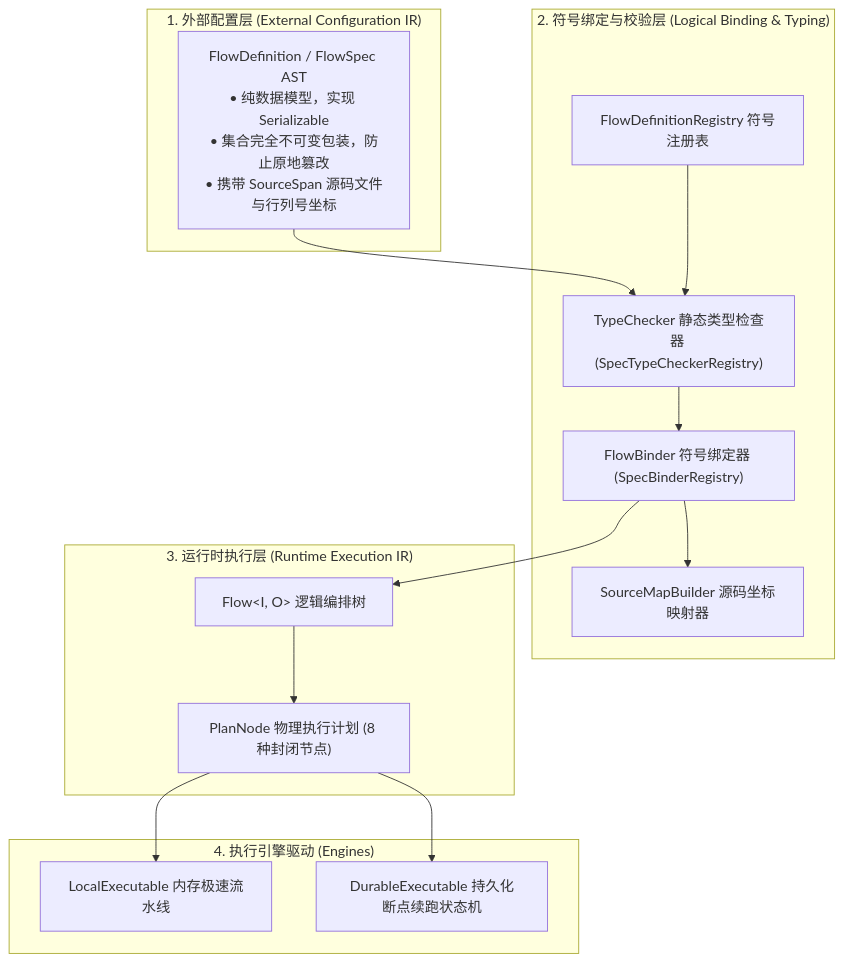
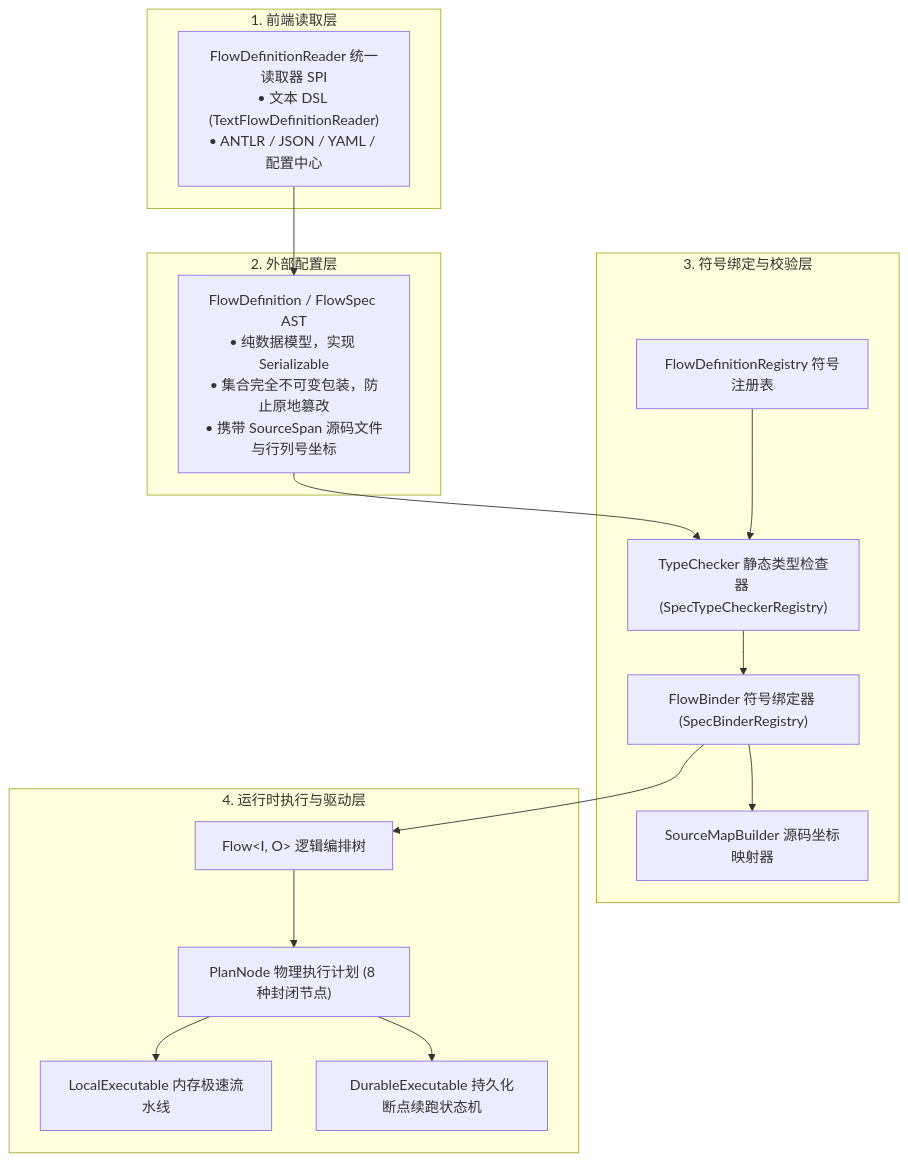
The second of 4 diagrams in docs/flow/flow-definition.md (team4u/team4u-framework), drawn with Mermaid before and after one commit. The commit also changed other lines of this file and 9 other files, not shown here.

Commit message:
feat(flow): introduce FlowDefinitionReader SPI and FlowDslEngine facade separation

````diff
--- a/docs/flow/flow-definition.md
+++ b/docs/flow/flow-definition.md
@@ -63,25 +63,27 @@
 ```mermaid
 graph TD
-    subgraph "1. 外部配置层 (External Configuration IR)"
-        AST["FlowDefinition / FlowSpec AST<br/>• 纯数据模型，实现 Serializable<br/>• 集合完全不可变包装，防止原地篡改<br/>• 携带 SourceSpan 源码文件与行列号坐标"]
+    subgraph "1. 前端读取层"
+        RDR["FlowDefinitionReader 统一读取器 SPI<br/>• 文本 DSL (TextFlowDefinitionReader)<br/>• ANTLR / JSON / YAML / 配置中心"]
     end
 
-    subgraph "2. 符号绑定与校验层 (Logical Binding & Typing)"
+    subgraph "2. 外部配置层"
+        AST["FlowDefinition / FlowSpec AST<br/>• 纯数据模型，实现 Serializable<br/>• 集合完全不可变包装，防止原地篡改<br/>• 携带 SourceSpan 源码文件与行列号坐标"]
+        RDR --> AST
+    end
+
+    subgraph "3. 符号绑定与校验层"
         REG["FlowDefinitionRegistry 符号注册表"]
         TC["TypeChecker 静态类型检查器 (SpecTypeCheckerRegistry)"]
         FB["FlowBinder 符号绑定器 (SpecBinderRegistry)"]
         SM["SourceMapBuilder 源码坐标映射器"]
         AST & REG --> TC --> FB --> SM
     end
 
-    subgraph "3. 运行时执行层 (Runtime Execution IR)"
+    subgraph "4. 运行时执行与驱动层"
         LOG["Flow&lt;I, O&gt; 逻辑编排树"]
         PLAN["PlanNode 物理执行计划 (8 种封闭节点)"]
         FB --> LOG --> PLAN
-    end
-
-    subgraph "4. 执行引擎驱动 (Engines)"
         PLAN --> LOC["LocalExecutable 内存极速流水线"]
         PLAN --> DUR["DurableExecutable 持久化断点续跑状态机"]
     end
 ```
````
